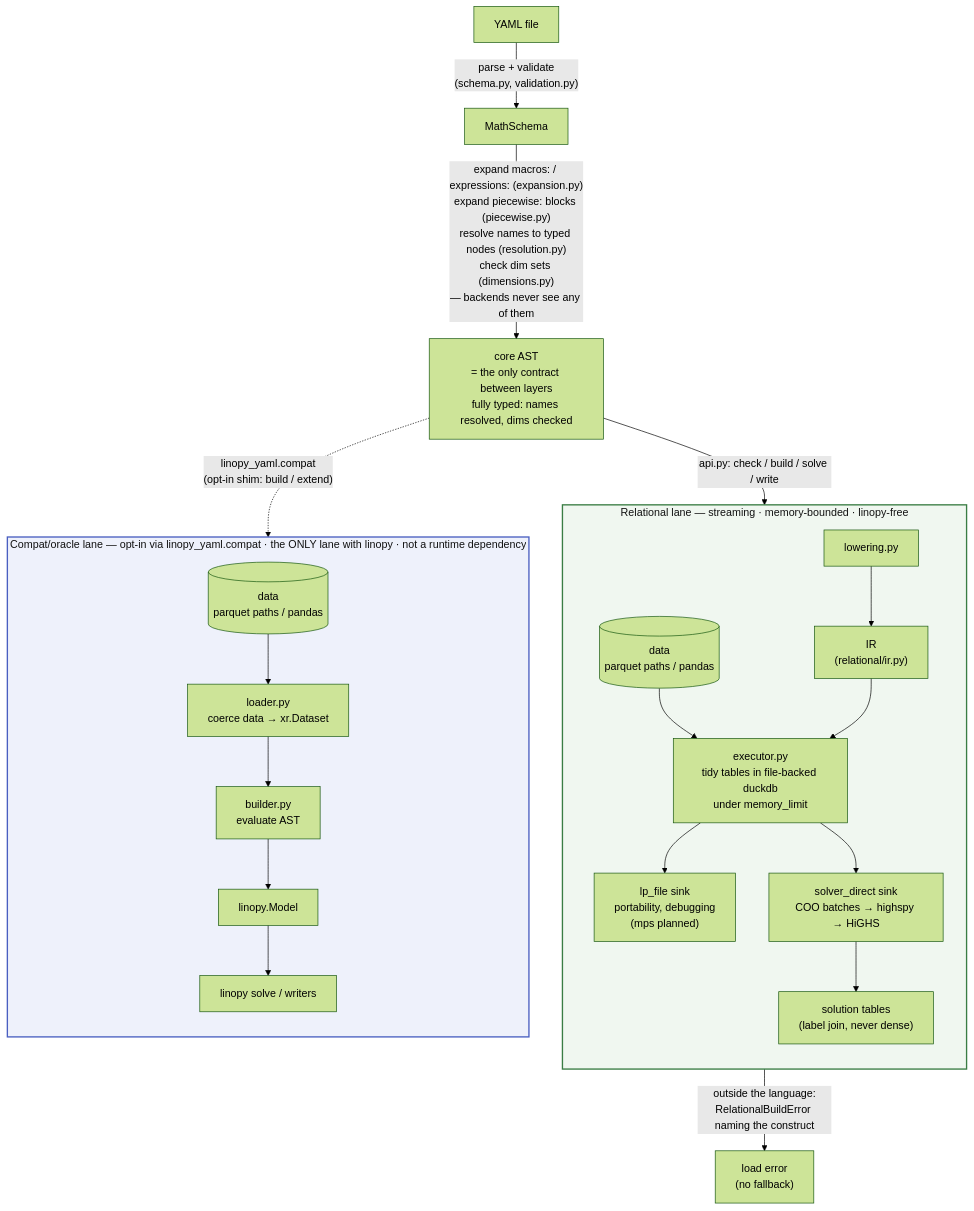
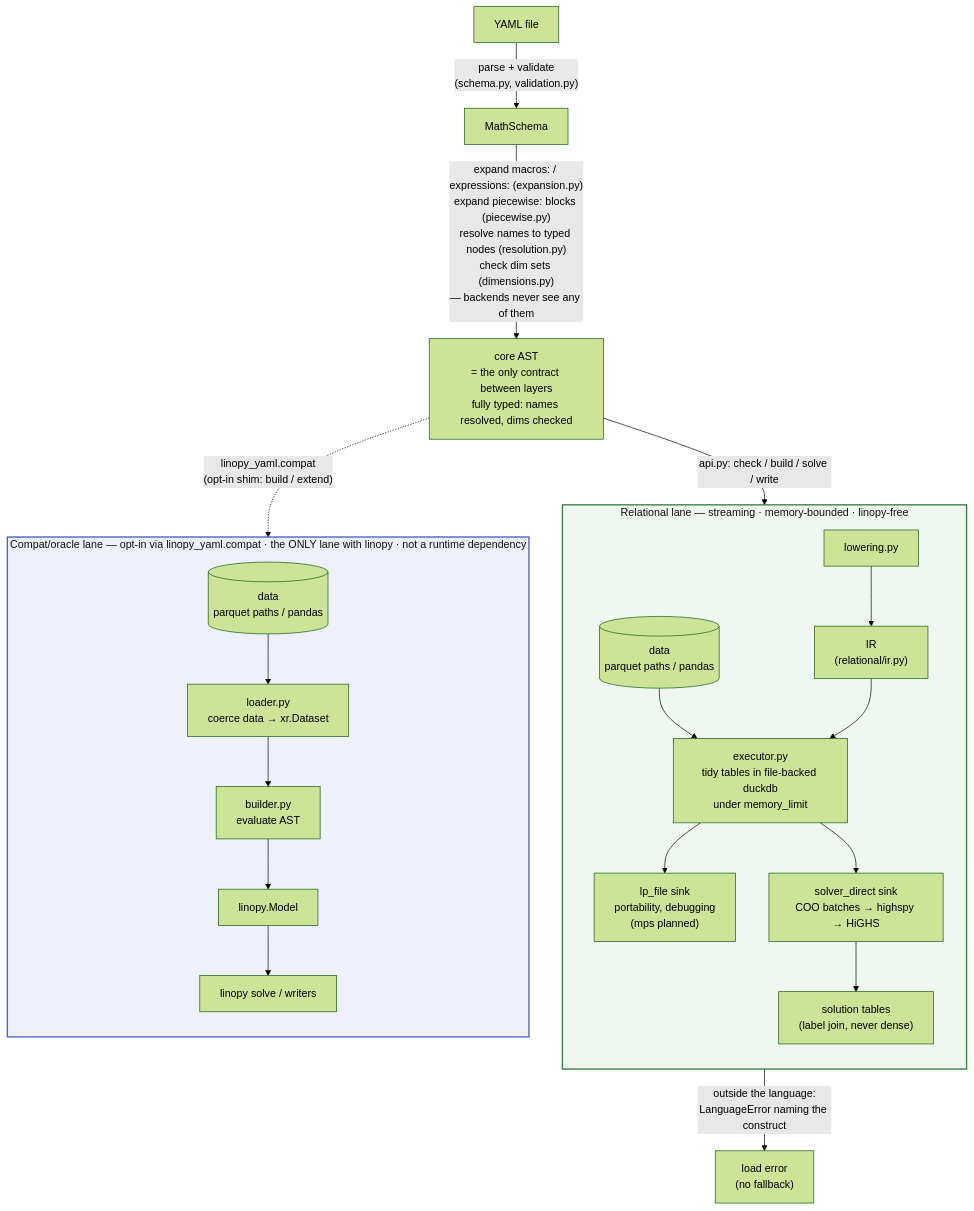
Before and after one commit to FBumann/farkas: the diagram in ARCHITECTURE.md, drawn with Mermaid (forest theme). The commit also changed other lines of this file and 34 other files, not shown here.

````diff
--- a/ARCHITECTURE.md
+++ b/ARCHITECTURE.md
@@ -16,30 +16,30 @@
 ```mermaid
 flowchart TB
     Y[YAML file] -->|"parse + validate<br/>(schema.py, validation.py)"| MS[MathSchema]
     MS -->|"expand macros: / expressions: (expansion.py)<br/>expand piecewise: blocks (piecewise.py)<br/>resolve names to typed nodes (resolution.py)<br/>check dim sets (dimensions.py)<br/>— backends never see any of them"| AST["core AST<br/>= the only contract between layers<br/>fully typed: names resolved, dims checked"]
     AST -->|"api.py: check / build / solve / write"| LOWER
     AST -.->|"linopy_yaml.compat<br/>(opt-in shim: build / extend)"| BUILD
-    LOWER -->|"outside the language:<br/>RelationalBuildError naming the construct"| ERR["load error<br/>(no fallback)"]
+    LOWER -->|"outside the language:<br/>LanguageError naming the construct"| ERR["load error<br/>(no fallback)"]
 
     subgraph REL["Relational lane — streaming · memory-bounded · linopy-free"]
         direction TB
         LOWER["lowering.py"] --> IR["IR<br/>(relational/ir.py)"]
         DR[("data<br/>parquet paths / pandas")] --> EXEC
         IR --> EXEC["executor.py<br/>tidy tables in file-backed duckdb<br/>under memory_limit"]
         EXEC --> LPS["lp_file sink<br/>portability, debugging<br/>(mps planned)"]
         EXEC --> DIRECT["solver_direct sink<br/>COO batches → highspy → HiGHS"]
         DIRECT --> SOL["solution tables<br/>(label join, never dense)"]
     end
 
     subgraph EAGER["Compat/oracle lane — opt-in via linopy_yaml.compat · the ONLY lane with linopy · not a runtime dependency"]
         direction TB
         DE[("data<br/>parquet paths / pandas")] --> LOAD["loader.py<br/>coerce data → xr.Dataset"]
         LOAD --> BUILD["builder.py<br/>evaluate AST"]
         BUILD --> MODEL[linopy.Model] --> SOLVE["linopy solve / writers"]
     end
 
     classDef laneR fill:#f0f7f0,stroke:#3a7d44,stroke-width:2px,color:#111
     classDef laneE fill:#eef1fb,stroke:#4a5fc1,stroke-width:2px,color:#111
     class REL laneR
     class EAGER laneE
 ```
````
